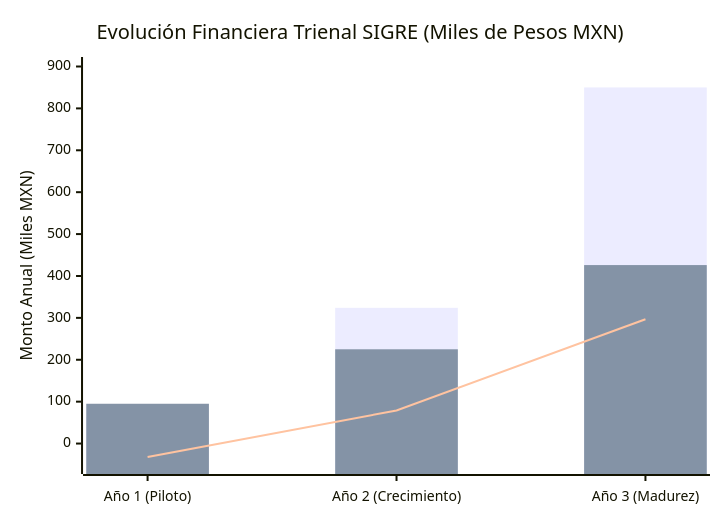
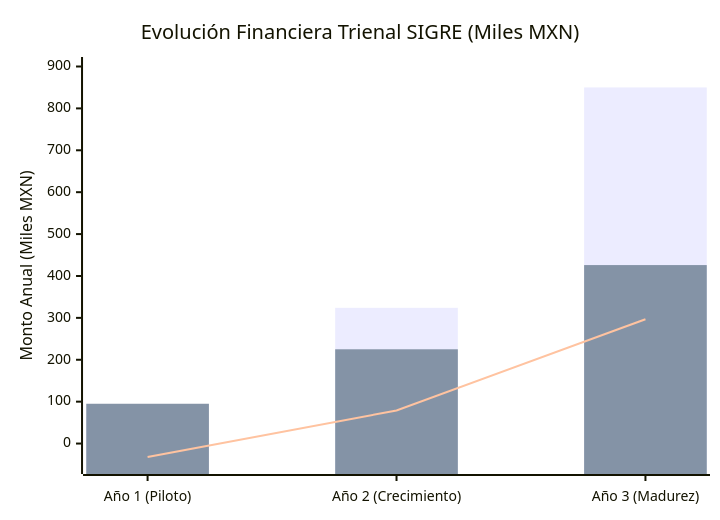
Before and after one commit to ErnestoFM/Inversion: the seventh of 7 diagrams in docs/Propuesta_Inversion_SIGRE_Corregida.md, drawn with Mermaid. The commit also changed other lines of this file and 83 other files, not shown here.

````diff
--- a/docs/Propuesta_Inversion_SIGRE_Corregida.md
+++ b/docs/Propuesta_Inversion_SIGRE_Corregida.md
@@ -474,9 +298,9 @@
 ```mermaid
 xychart-beta
-    title "Evolución Financiera Trienal SIGRE (Miles de Pesos MXN)"
+    title "Evolución Financiera Trienal SIGRE (Miles MXN)"
     x-axis ["Año 1 (Piloto)", "Año 2 (Crecimiento)", "Año 3 (Madurez)"]
     y-axis "Monto Anual (Miles MXN)" -50 --> 900
     bar [63, 324, 850]
     bar [95, 225, 426]
     line [-32, 78.9, 296.8]
 ```
````
